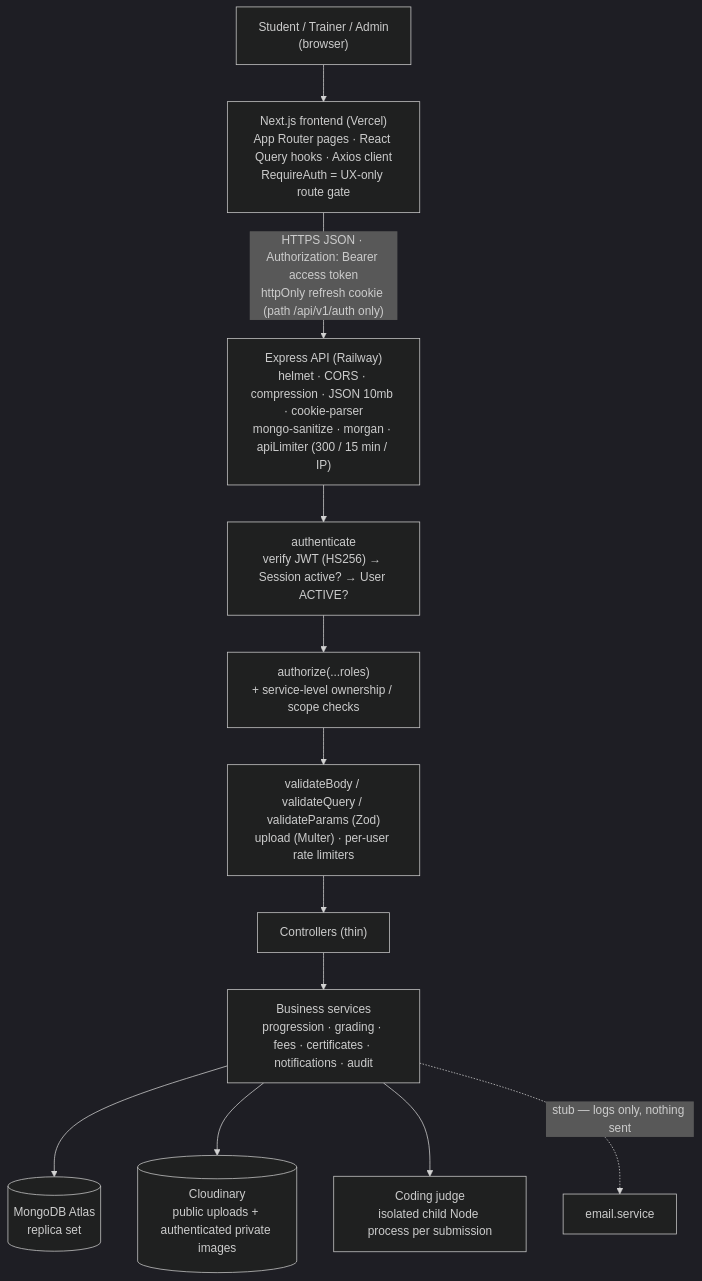
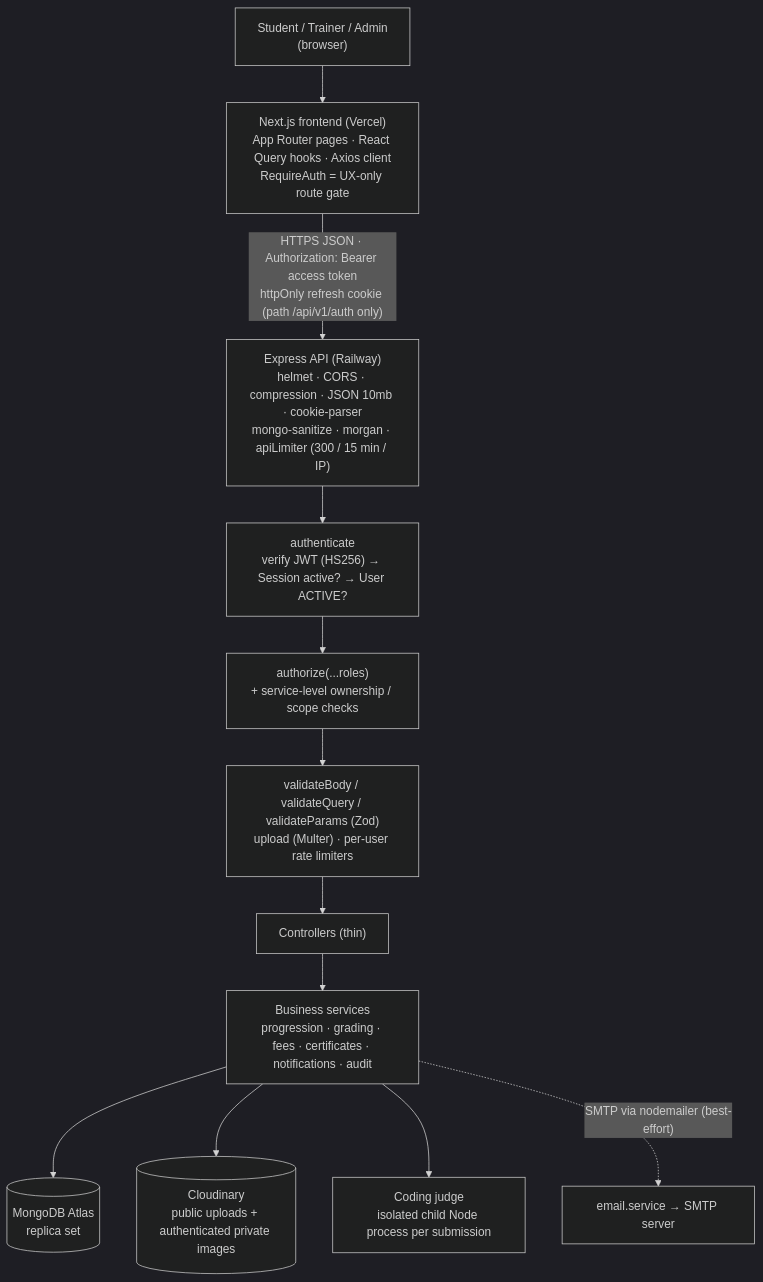
Before and after one commit to MathiHarshitha/SSR_INSTITUTE_PORTAL: the first of 13 diagrams in docs/SSR_INSTITUTE_LMS_DOCUMENTATION.md, drawn with Mermaid (dark theme). The commit also changed other lines of this file and 11 other files, not shown here.

````diff
--- a/docs/SSR_INSTITUTE_LMS_DOCUMENTATION.md
+++ b/docs/SSR_INSTITUTE_LMS_DOCUMENTATION.md
@@ -141,14 +141,14 @@
 ```mermaid
 flowchart TD
     U["Student / Trainer / Admin<br/>(browser)"] --> FE["Next.js frontend (Vercel)<br/>App Router pages · React Query hooks · Axios client<br/>RequireAuth = UX-only route gate"]
     FE -- "HTTPS JSON · Authorization: Bearer access token<br/>httpOnly refresh cookie (path /api/v1/auth only)" --> API["Express API (Railway)<br/>helmet · CORS · compression · JSON 10mb · cookie-parser<br/>mongo-sanitize · morgan · apiLimiter (300 / 15 min / IP)"]
     API --> AUTHN["authenticate<br/>verify JWT (HS256) → Session active? → User ACTIVE?"]
     AUTHN --> AUTHZ["authorize(...roles)<br/>+ service-level ownership / scope checks"]
     AUTHZ --> VAL["validateBody / validateQuery / validateParams (Zod)<br/>upload (Multer) · per-user rate limiters"]
     VAL --> CTRL["Controllers (thin)"]
     CTRL --> SVC["Business services<br/>progression · grading · fees · certificates · notifications · audit"]
     SVC --> DB[("MongoDB Atlas<br/>replica set")]
     SVC --> CLD[("Cloudinary<br/>public uploads + authenticated private images")]
     SVC --> JUDGE["Coding judge<br/>isolated child Node process per submission"]
-    SVC -. "stub — logs only, nothing sent" .-> MAIL["email.service"]
+    SVC -. "SMTP via nodemailer (best-effort)" .-> MAIL["email.service → SMTP server"]
 ```
````
